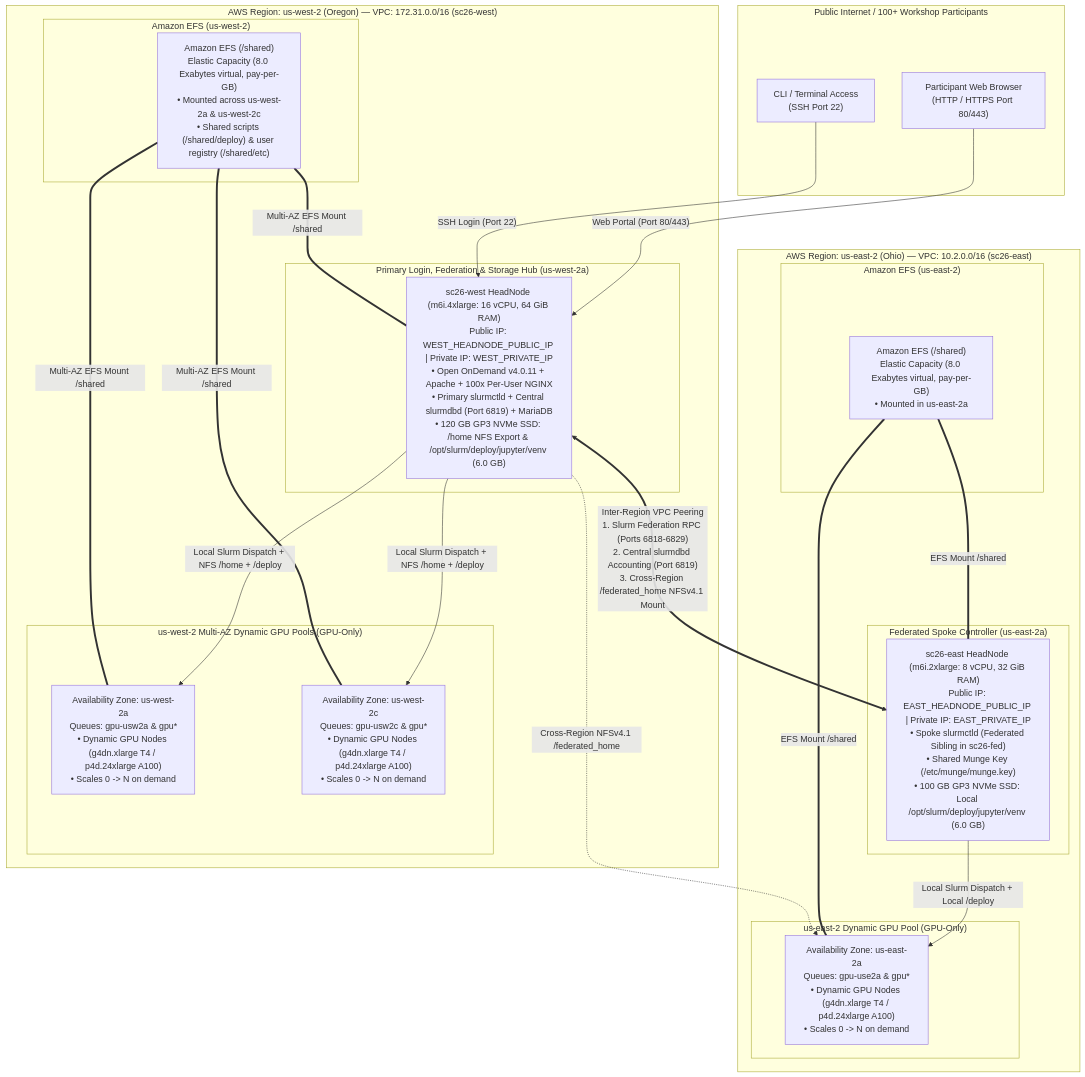
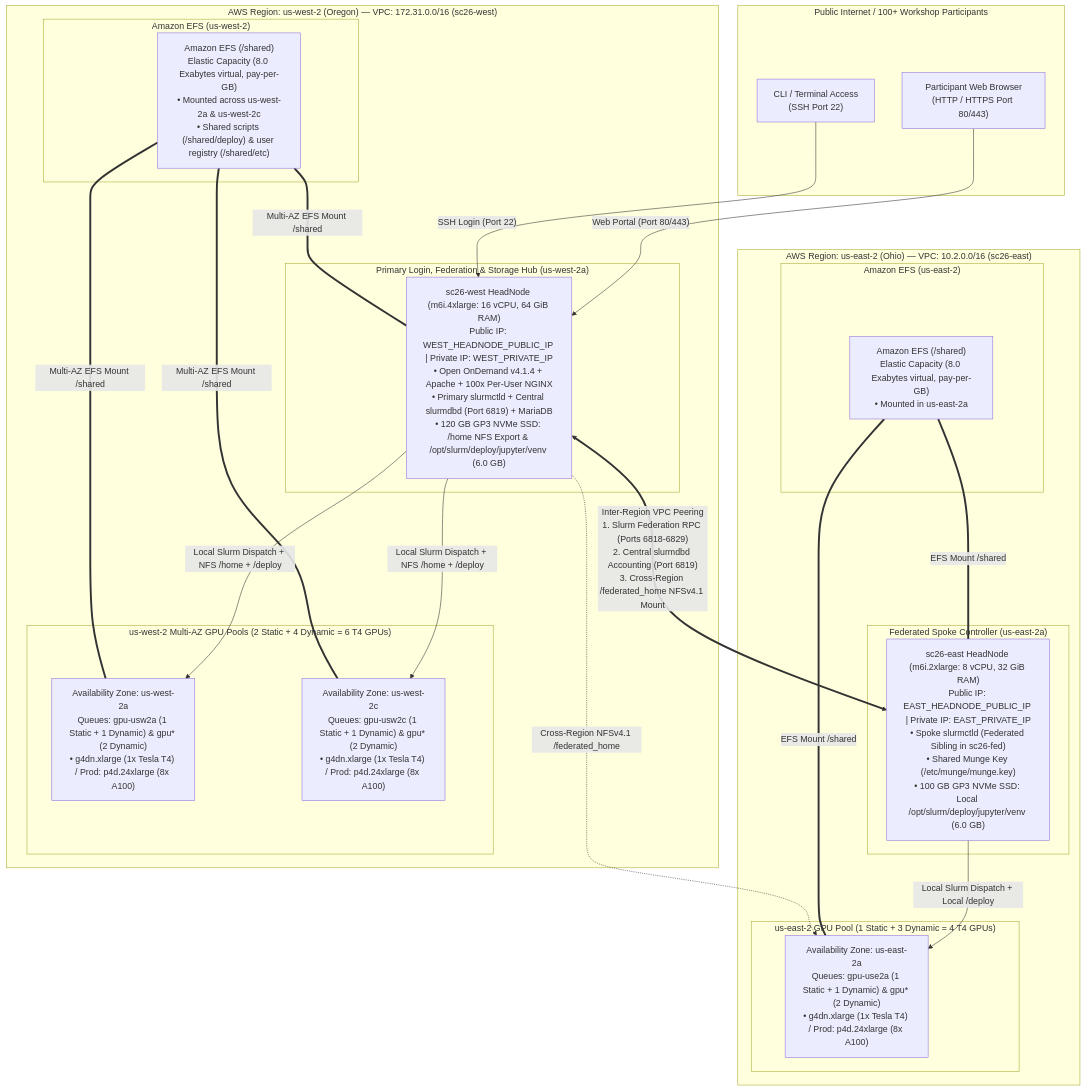
The first of 2 diagrams in SC26_SUMMARY.md (fengchenLBL/nersc-sc26-dev), drawn with Mermaid before and after one commit. The commit also changed other lines of this file and 3 other files, not shown here.

Commit message:
added 3 static T4 gpus: west2-a west2-c east2-a

````diff
--- a/SC26_SUMMARY.md
+++ b/SC26_SUMMARY.md
@@ -23,52 +23,52 @@
 ```mermaid
 flowchart TD
     subgraph Internet ["Public Internet / 100+ Workshop Participants"]
         UserBrowser["Participant Web Browser<br/>(HTTP / HTTPS Port 80/443)"]
         UserSSH["CLI / Terminal Access<br/>(SSH Port 22)"]
     end
 
     subgraph USWest2 ["AWS Region: us-west-2 (Oregon) — VPC: 172.31.0.0/16 (sc26-west)"]
         subgraph WestHead ["Primary Login, Federation & Storage Hub (us-west-2a)"]
-            HeadNodeWest["sc26-west HeadNode (m6i.4xlarge: 16 vCPU, 64 GiB RAM)<br/>Public IP: WEST_HEADNODE_PUBLIC_IP | Private IP: WEST_PRIVATE_IP<br/>• Open OnDemand v4.0.11 + Apache + 100x Per-User NGINX<br/>• Primary slurmctld + Central slurmdbd (Port 6819) + MariaDB<br/>• 120 GB GP3 NVMe SSD: /home NFS Export & /opt/slurm/deploy/jupyter/venv (6.0 GB)"]
+            HeadNodeWest["sc26-west HeadNode (m6i.4xlarge: 16 vCPU, 64 GiB RAM)<br/>Public IP: WEST_HEADNODE_PUBLIC_IP | Private IP: WEST_PRIVATE_IP<br/>• Open OnDemand v4.1.4 + Apache + 100x Per-User NGINX<br/>• Primary slurmctld + Central slurmdbd (Port 6819) + MariaDB<br/>• 120 GB GP3 NVMe SSD: /home NFS Export & /opt/slurm/deploy/jupyter/venv (6.0 GB)"]
         end
 
         subgraph WestEFS ["Amazon EFS (us-west-2)"]
             EFSWest["Amazon EFS (/shared)<br/>Elastic Capacity (8.0 Exabytes virtual, pay-per-GB)<br/>• Mounted across us-west-2a & us-west-2c<br/>• Shared scripts (/shared/deploy) & user registry (/shared/etc)"]
         end
 
-        subgraph WestCompute ["us-west-2 Multi-AZ Dynamic GPU Pools (GPU-Only)"]
-            WestAZ_A["Availability Zone: us-west-2a<br/>Queues: gpu-usw2a & gpu*<br/>• Dynamic GPU Nodes (g4dn.xlarge T4 / p4d.24xlarge A100)<br/>• Scales 0 -> N on demand"]
-            WestAZ_C["Availability Zone: us-west-2c<br/>Queues: gpu-usw2c & gpu*<br/>• Dynamic GPU Nodes (g4dn.xlarge T4 / p4d.24xlarge A100)<br/>• Scales 0 -> N on demand"]
+        subgraph WestCompute ["us-west-2 Multi-AZ GPU Pools (2 Static + 4 Dynamic = 6 T4 GPUs)"]
+            WestAZ_A["Availability Zone: us-west-2a<br/>Queues: gpu-usw2a (1 Static + 1 Dynamic) & gpu* (2 Dynamic)<br/>• g4dn.xlarge (1x Tesla T4) / Prod: p4d.24xlarge (8x A100)"]
+            WestAZ_C["Availability Zone: us-west-2c<br/>Queues: gpu-usw2c (1 Static + 1 Dynamic) & gpu* (2 Dynamic)<br/>• g4dn.xlarge (1x Tesla T4) / Prod: p4d.24xlarge (8x A100)"]
         end
     end
 
     subgraph USEast2 ["AWS Region: us-east-2 (Ohio) — VPC: 10.2.0.0/16 (sc26-east)"]
         subgraph EastHead ["Federated Spoke Controller (us-east-2a)"]
             HeadNodeEast["sc26-east HeadNode (m6i.2xlarge: 8 vCPU, 32 GiB RAM)<br/>Public IP: EAST_HEADNODE_PUBLIC_IP | Private IP: EAST_PRIVATE_IP<br/>• Spoke slurmctld (Federated Sibling in sc26-fed)<br/>• Shared Munge Key (/etc/munge/munge.key)<br/>• 100 GB GP3 NVMe SSD: Local /opt/slurm/deploy/jupyter/venv (6.0 GB)"]
         end
 
         subgraph EastEFS ["Amazon EFS (us-east-2)"]
             EFSEast["Amazon EFS (/shared)<br/>Elastic Capacity (8.0 Exabytes virtual, pay-per-GB)<br/>• Mounted in us-east-2a"]
         end
 
-        subgraph EastCompute ["us-east-2 Dynamic GPU Pool (GPU-Only)"]
-            EastAZ_A["Availability Zone: us-east-2a<br/>Queues: gpu-use2a & gpu*<br/>• Dynamic GPU Nodes (g4dn.xlarge T4 / p4d.24xlarge A100)<br/>• Scales 0 -> N on demand"]
+        subgraph EastCompute ["us-east-2 GPU Pool (1 Static + 3 Dynamic = 4 T4 GPUs)"]
+            EastAZ_A["Availability Zone: us-east-2a<br/>Queues: gpu-use2a (1 Static + 1 Dynamic) & gpu* (2 Dynamic)<br/>• g4dn.xlarge (1x Tesla T4) / Prod: p4d.24xlarge (8x A100)"]
         end
     end
 
     UserBrowser -->|"Web Portal (Port 80/443)"| HeadNodeWest
     UserSSH -->|"SSH Login (Port 22)"| HeadNodeWest
 
     HeadNodeWest -->|"Local Slurm Dispatch + NFS /home + /deploy"| WestAZ_A
     HeadNodeWest -->|"Local Slurm Dispatch + NFS /home + /deploy"| WestAZ_C
     EFSWest ===|"Multi-AZ EFS Mount /shared"| HeadNodeWest
     EFSWest ===|"Multi-AZ EFS Mount /shared"| WestAZ_A
     EFSWest ===|"Multi-AZ EFS Mount /shared"| WestAZ_C
 
     HeadNodeWest <==>|"Inter-Region VPC Peering<br/>1. Slurm Federation RPC (Ports 6818-6829)<br/>2. Central slurmdbd Accounting (Port 6819)<br/>3. Cross-Region /federated_home NFSv4.1 Mount"| HeadNodeEast
 
     HeadNodeEast -->|"Local Slurm Dispatch + Local /deploy"| EastAZ_A
     EFSEast ===|"EFS Mount /shared"| HeadNodeEast
     EFSEast ===|"EFS Mount /shared"| EastAZ_A
     HeadNodeWest -.->|"Cross-Region NFSv4.1 /federated_home"| EastAZ_A
 ```
````
